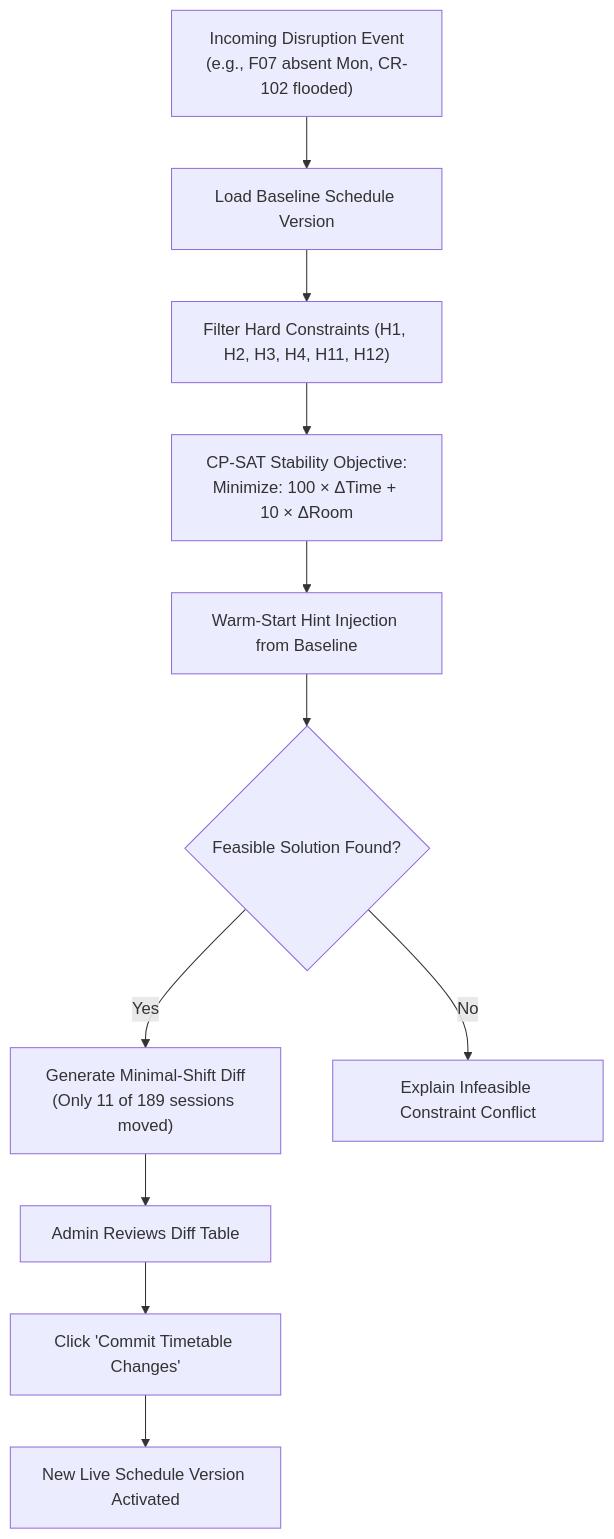
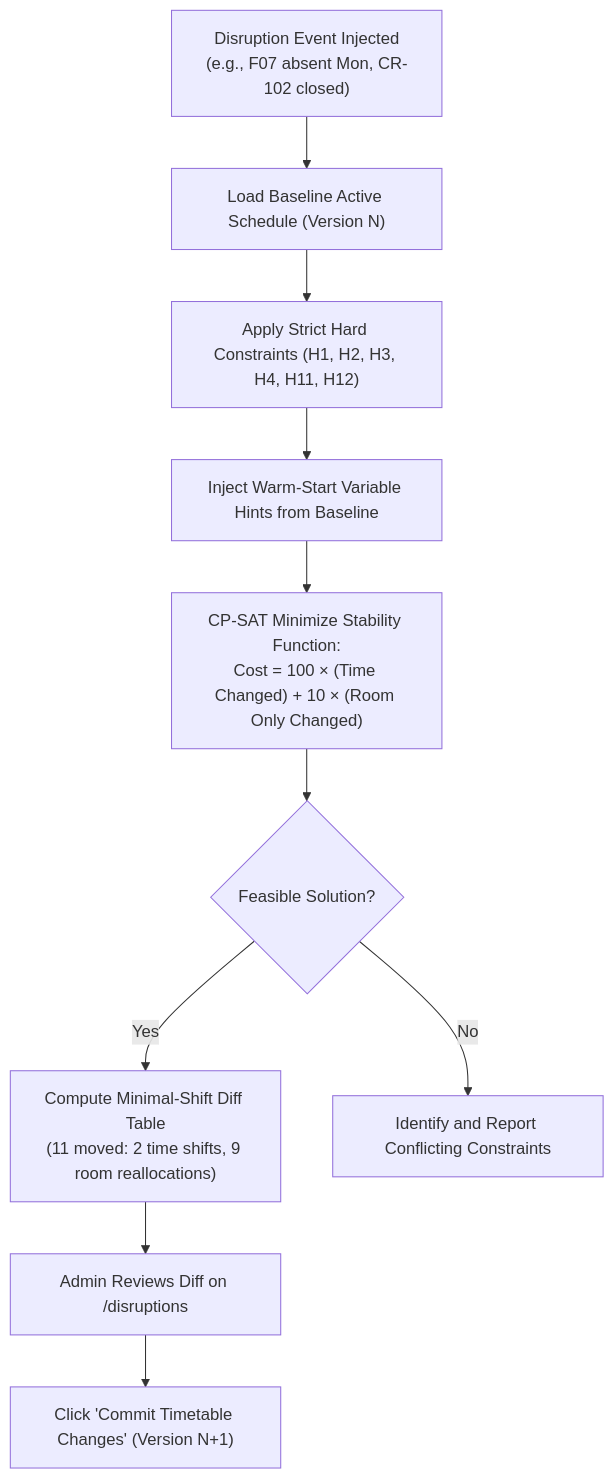
One commit to Akshat-sin-official/TZ-Meru-Byte changed the fifth of 6 diagrams in README.md. Above: the diagram before and after it, drawn with Mermaid. The commit also changed other lines of this file and 6 other files, not shown here.

````diff
--- a/README.md
+++ b/README.md
@@ -172,13 +206,12 @@
 ```mermaid
 flowchart TD
-    D1["Incoming Disruption Event<br/>(e.g., F07 absent Mon, CR-102 flooded)"] --> D2["Load Baseline Schedule Version"]
-    D2 --> D3["Filter Hard Constraints (H1, H2, H3, H4, H11, H12)"]
-    D3 --> D4["CP-SAT Stability Objective:<br/>Minimize: 100 × ΔTime + 10 × ΔRoom"]
-    D4 --> D5["Warm-Start Hint Injection from Baseline"]
-    D5 --> D6{"Feasible Solution Found?"}
-    D6 -- Yes --> D7["Generate Minimal-Shift Diff<br/>(Only 11 of 189 sessions moved)"]
-    D6 -- No --> D8["Explain Infeasible Constraint Conflict"]
-    D7 --> D9["Admin Reviews Diff Table"]
-    D9 --> D10["Click 'Commit Timetable Changes'"]
-    D10 --> D11["New Live Schedule Version Activated"]
+    Evt["Disruption Event Injected<br/>(e.g., F07 absent Mon, CR-102 closed)"] --> Load["Load Baseline Active Schedule (Version N)"]
+    Load --> Constraints["Apply Strict Hard Constraints (H1, H2, H3, H4, H11, H12)"]
+    Constraints --> WarmStart["Inject Warm-Start Variable Hints from Baseline"]
+    WarmStart --> Minimize["CP-SAT Minimize Stability Function:<br/>Cost = 100 × (Time Changed) + 10 × (Room Only Changed)"]
+    Minimize --> Solve{"Feasible Solution?"}
+    Solve -- "Yes" --> Diff["Compute Minimal-Shift Diff Table<br/>(11 moved: 2 time shifts, 9 room reallocations)"]
+    Solve -- "No" --> Infeas["Identify and Report Conflicting Constraints"]
+    Diff --> AdminAction["Admin Reviews Diff on /disruptions"]
+    AdminAction --> FinalCommit["Click 'Commit Timetable Changes' (Version N+1)"]
 ```
````
